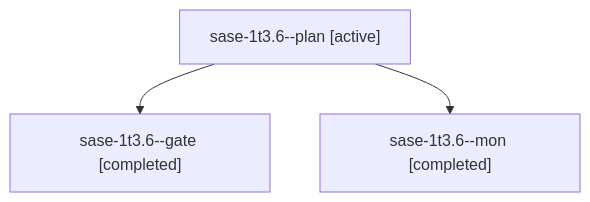
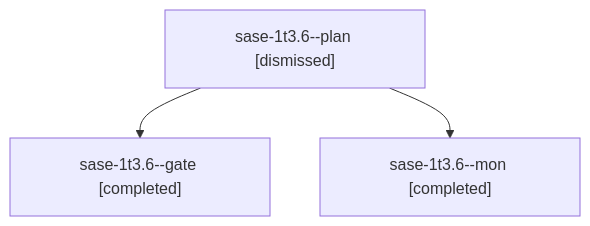
The diagram in sessions/bbugyi200.athena.sase-1t3.6.md (sase-org/sase--agents), drawn with Mermaid before and after one commit. The commit also changed other lines of this file and 193 other files, not shown here.

````diff
--- a/sessions/bbugyi200.athena.sase-1t3.6.md
+++ b/sessions/bbugyi200.athena.sase-1t3.6.md
@@ -9,8 +9,8 @@
 ```mermaid
 flowchart TD
-  n0["sase-1t3.6--plan [active]"]
+  n0["sase-1t3.6--plan [dismissed]"]
   n1["sase-1t3.6--gate [completed]"]
   n0 --> n1
   n2["sase-1t3.6--mon [completed]"]
   n0 --> n2
 ```
````
